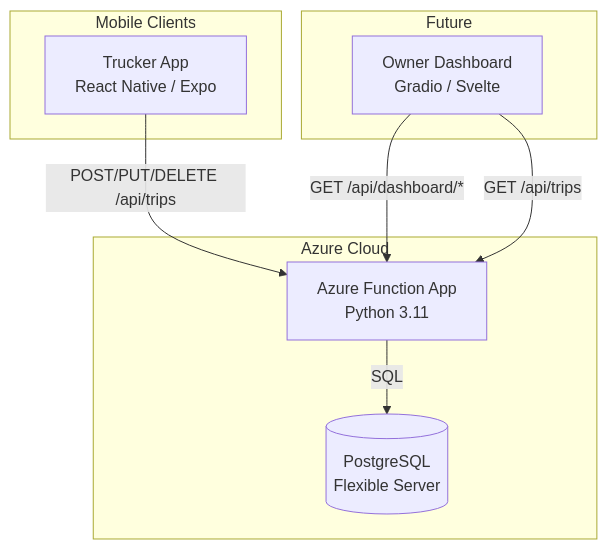
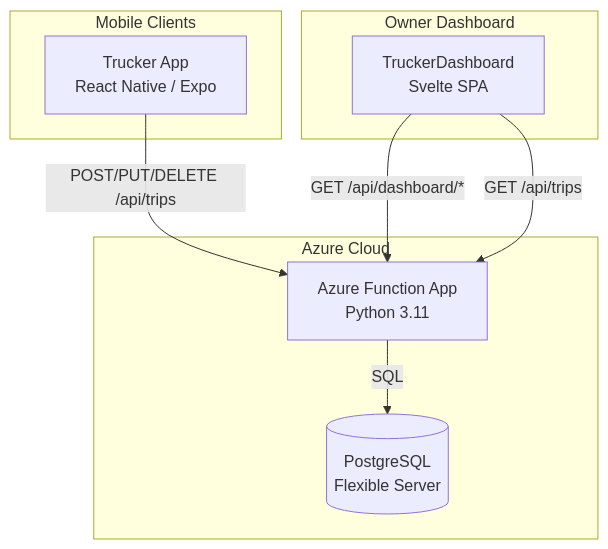
One commit to maiduydung/TruckerMobileBackend changed the first of 4 diagrams in README.md. Above: the diagram before and after it, drawn with Mermaid. The commit also changed other lines of this file, not shown here.

First line of the commit message:
Polish README: fix dashboard label and add Related Repos

````diff
--- a/README.md
+++ b/README.md
@@ -7,20 +7,20 @@
 ```mermaid
 graph TB
     subgraph "Mobile Clients"
         A[Trucker App<br/>React Native / Expo]
     end
 
     subgraph "Azure Cloud"
         B[Azure Function App<br/>Python 3.11]
         C[(PostgreSQL<br/>Flexible Server)]
     end
 
-    subgraph "Future"
-        D[Owner Dashboard<br/>Gradio / Svelte]
+    subgraph "Owner Dashboard"
+        D[TruckerDashboard<br/>Svelte SPA]
     end
 
     A -- "POST/PUT/DELETE /api/trips" --> B
     B -- "SQL" --> C
     D -- "GET /api/dashboard/*" --> B
     D -- "GET /api/trips" --> B
 ```
````
